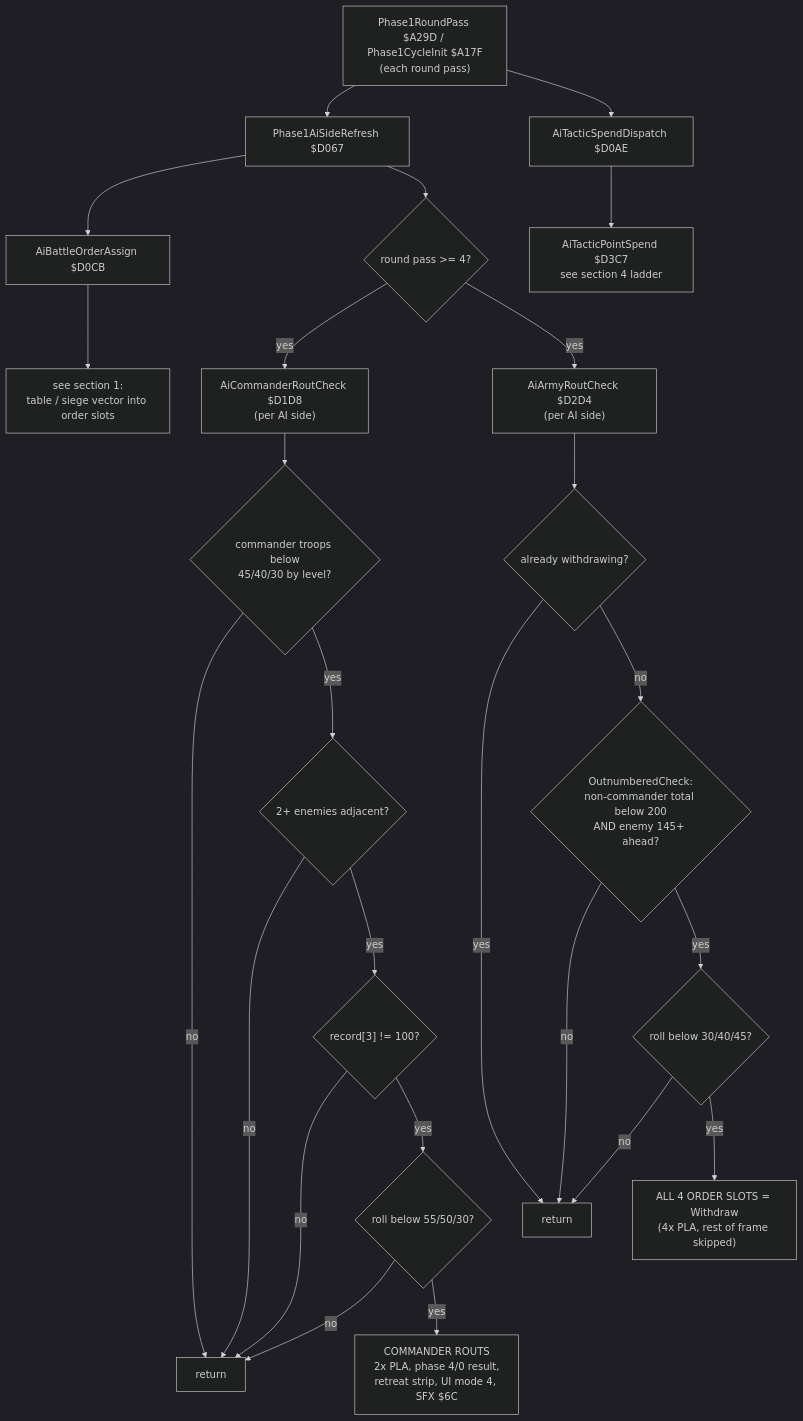
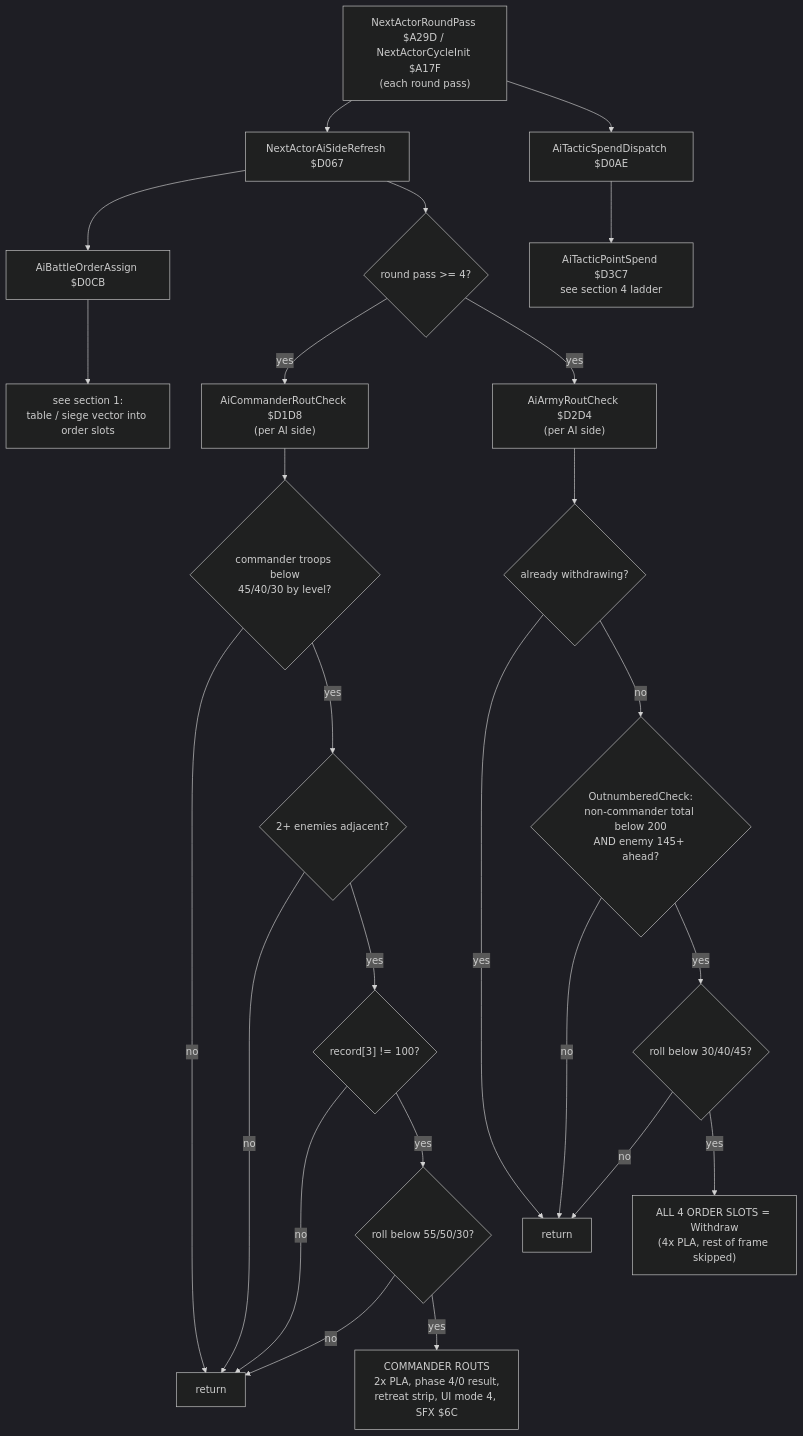
One commit to rabbyzero/sango2dasm changed the third of 3 diagrams in code/battle_ai_decision_tree.md. Above: the diagram before and after it, drawn with Mermaid (dark theme). The commit also changed other lines of this file and 134 other files, not shown here.

````diff
--- a/code/battle_ai_decision_tree.md
+++ b/code/battle_ai_decision_tree.md
@@ -151,31 +151,31 @@
 ```mermaid
 flowchart TD
-    RP["Phase1RoundPass $A29D / Phase1CycleInit $A17F<br/>(each round pass)"] --> REFRESH["Phase1AiSideRefresh $D067"]
+    RP["NextActorRoundPass $A29D / NextActorCycleInit $A17F<br/>(each round pass)"] --> REFRESH["NextActorAiSideRefresh $D067"]
     RP --> TACTIC["AiTacticSpendDispatch $D0AE"]
 
     REFRESH --> ORDERS["AiBattleOrderAssign $D0CB"]
     REFRESH --> PASS4{"round pass >= 4?"}
     PASS4 -- yes --> CMDROUT["AiCommanderRoutCheck $D1D8<br/>(per AI side)"]
     PASS4 -- yes --> ARMYROUT["AiArmyRoutCheck $D2D4<br/>(per AI side)"]
 
     ORDERS --> ORDERSUB["see section 1:<br/>table / siege vector into order slots"]
     CMDROUT --> T1{"commander troops below<br/>45/40/30 by level?"}
     T1 -- no --> NEXT1["return"]
     T1 -- yes --> ADJ{"2+ enemies adjacent?"}
     ADJ -- no --> NEXT1
     ADJ -- yes --> LOY{"record[3] != 100?"}
     LOY -- no --> NEXT1
     LOY -- yes --> R1{"roll below 55/50/30?"}
     R1 -- no --> NEXT1
     R1 -- yes --> ROUTCMD["COMMANDER ROUTS<br/>2x PLA, phase 4/0 result,<br/>retreat strip, UI mode 4, SFX $6C"]
 
     ARMYROUT --> WD2{"already withdrawing?"}
     WD2 -- yes --> NEXT2["return"]
     WD2 -- no --> OUT{"OutnumberedCheck:<br/>non-commander total below 200<br/>AND enemy 145+ ahead?"}
     OUT -- no --> NEXT2
     OUT -- yes --> R2{"roll below 30/40/45?"}
     R2 -- no --> NEXT2
     R2 -- yes --> ALLWD["ALL 4 ORDER SLOTS = Withdraw<br/>(4x PLA, rest of frame skipped)"]
 
     TACTIC --> LADDER["AiTacticPointSpend $D3C7<br/>see section 4 ladder"]
 ```
````
